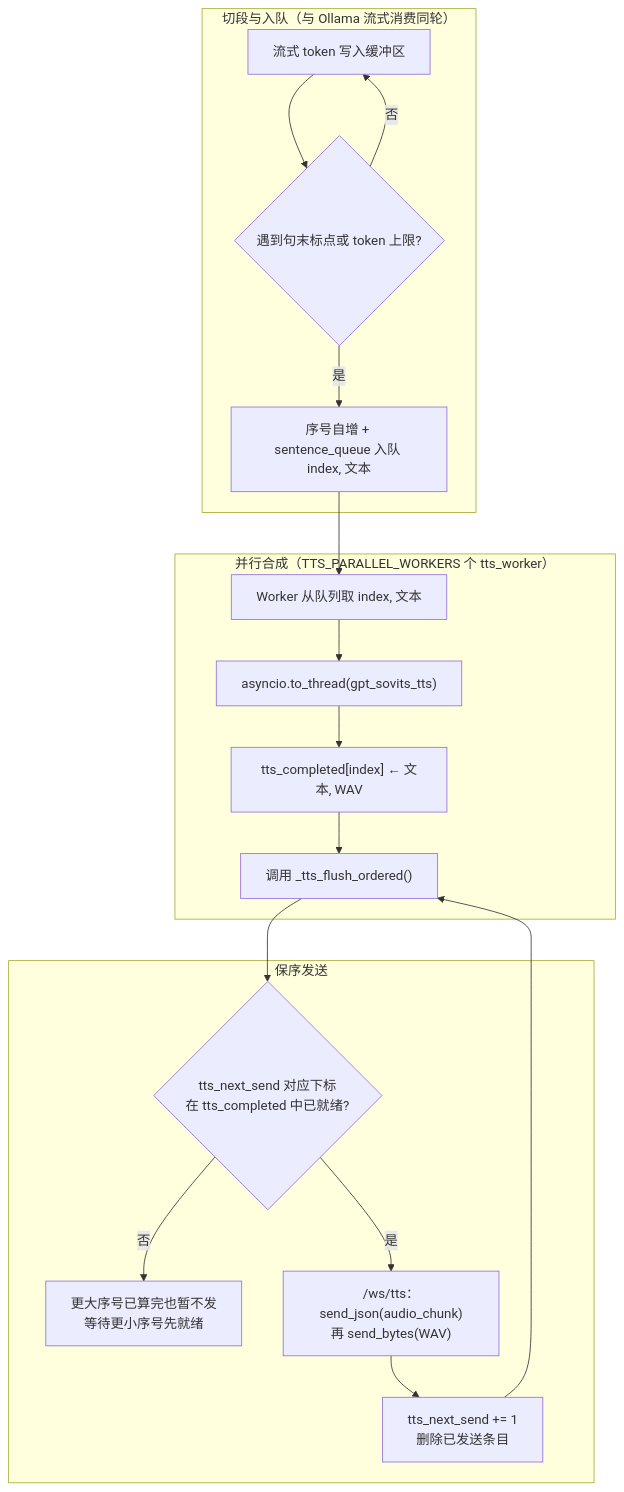
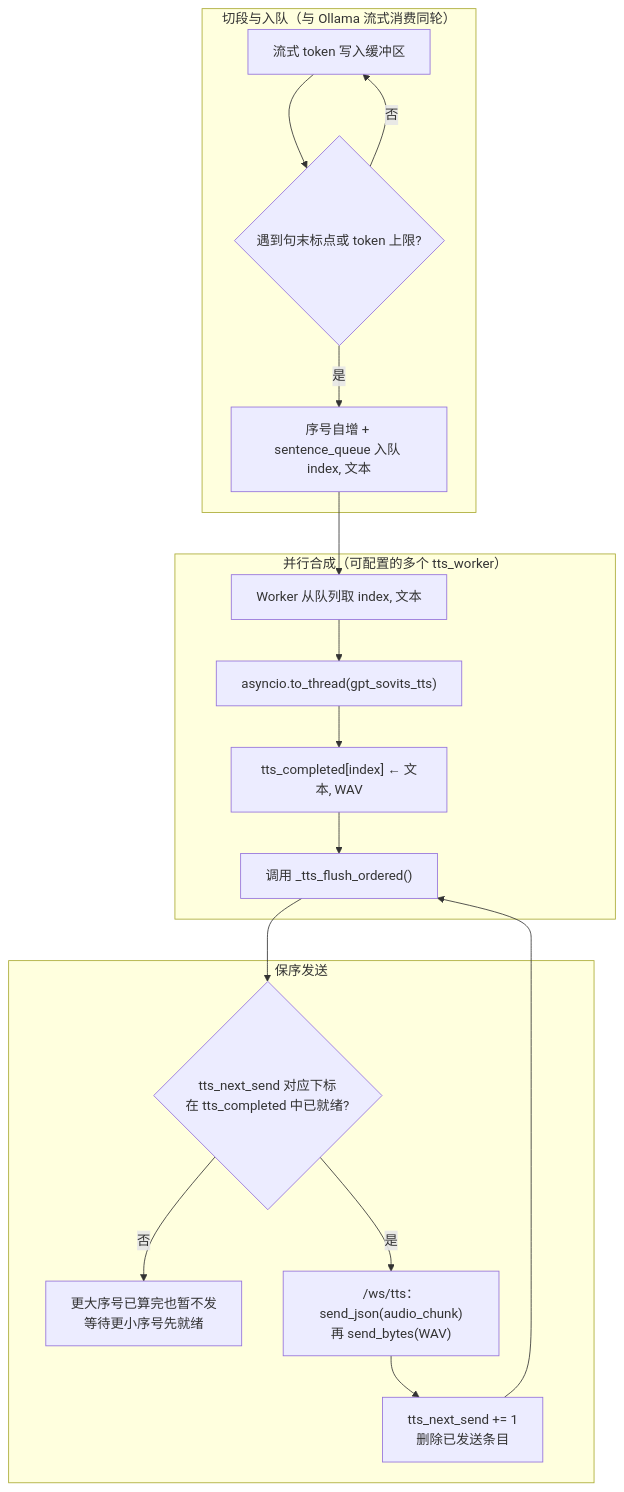
The first of 8 diagrams in docs/后端项目正文.md (guniang1/live2DPro), drawn with Mermaid before and after one commit. The commit also changed other lines of this file and 491 other files, not shown here.

````diff
--- a/docs/后端项目正文.md
+++ b/docs/后端项目正文.md
@@ -122,26 +139,26 @@
 ```mermaid
 flowchart TB
     subgraph S1["切段与入队（与 Ollama 流式消费同轮）"]
         A[流式 token 写入缓冲区]
         B{遇到句末标点或 token 上限?}
         C[序号自增 + sentence_queue 入队 index, 文本]
         A --> B
         B -->|否| A
         B -->|是| C
     end
 
-    subgraph S2["并行合成（TTS_PARALLEL_WORKERS 个 tts_worker）"]
+    subgraph S2["并行合成（可配置的多个 tts_worker）"]
         C --> D[Worker 从队列取 index, 文本]
         D --> E["asyncio.to_thread(gpt_sovits_tts)"]
         E --> F["tts_completed[index] ← 文本, WAV"]
         F --> G["调用 _tts_flush_ordered()"]
     end
 
     subgraph S3["保序发送"]
         G --> H{tts_next_send 对应下标<br/>在 tts_completed 中已就绪?}
         H -->|否| I[更大序号已算完也暂不发<br/>等待更小序号先就绪]
         H -->|是| J["/ws/tts：send_json(audio_chunk)<br/>再 send_bytes(WAV)"]
         J --> K[tts_next_send += 1<br/>删除已发送条目]
         K --> G
     end
 ```
````
